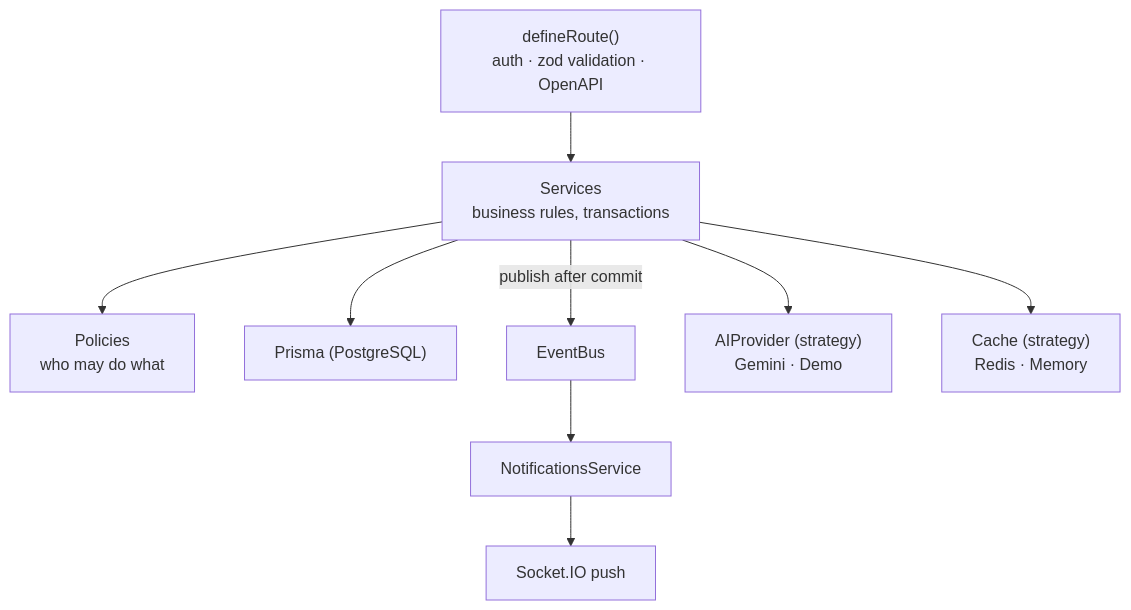
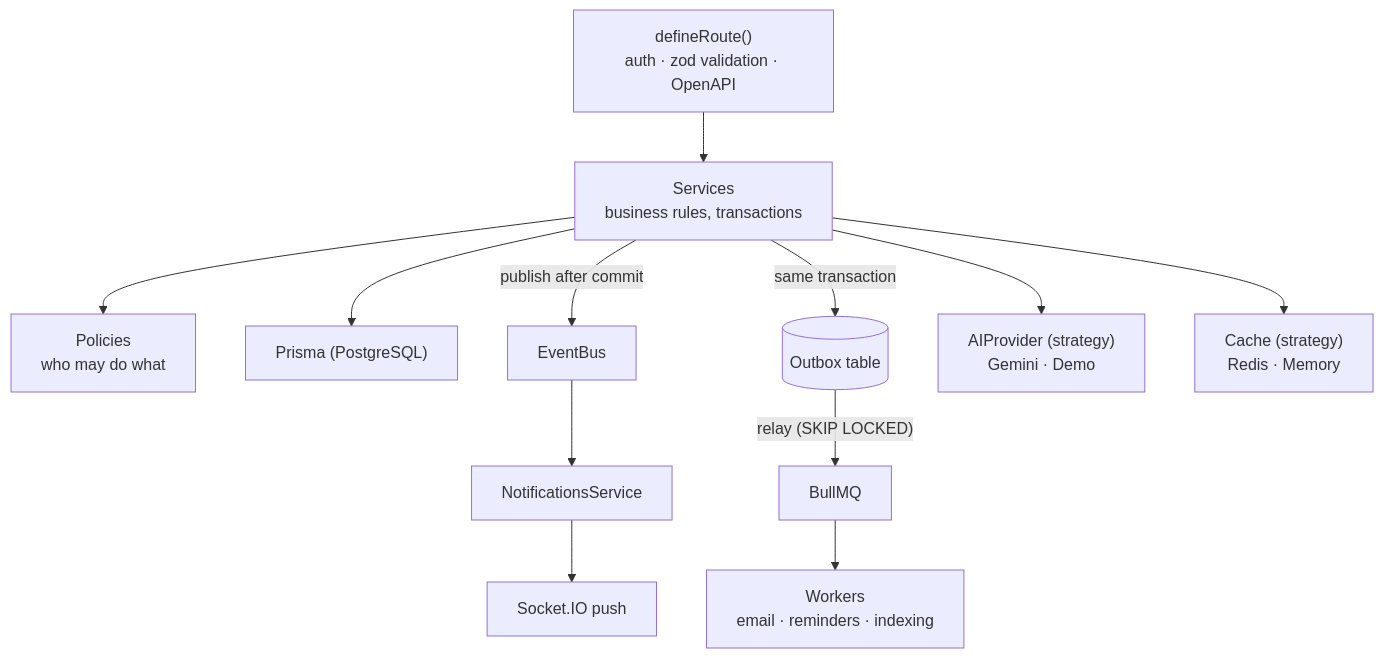
The second of 2 diagrams in README.md (pankajbaid567/DevHub-), drawn with Mermaid before and after one commit. The commit also changed other lines of this file and 12 other files, not shown here.

Commit message:
Document jobs, account flows and semantic search; add ADRs 0008-0010 and screenshots

````diff
--- a/README.md
+++ b/README.md
@@ -100,10 +114,12 @@
 ```mermaid
 flowchart TB
   R["defineRoute()<br/>auth · zod validation · OpenAPI"] --> S["Services<br/>business rules, transactions"]
   S --> P["Policies<br/>who may do what"]
   S --> DB["Prisma (PostgreSQL)"]
   S -- "publish after commit" --> EB["EventBus"]
   EB --> N["NotificationsService"] --> WS["Socket.IO push"]
+  S -- "same transaction" --> OB[("Outbox table")]
+  OB -- "relay (SKIP LOCKED)" --> Q["BullMQ"] --> W["Workers<br/>email · reminders · indexing"]
   S --> AI["AIProvider (strategy)<br/>Gemini · Demo"]
   S --> C["Cache (strategy)<br/>Redis · Memory"]
 ```
````
